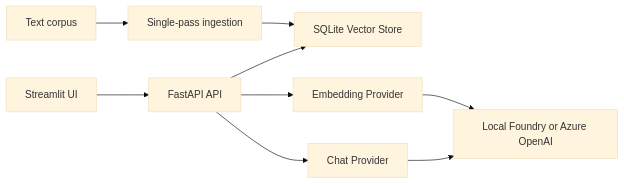
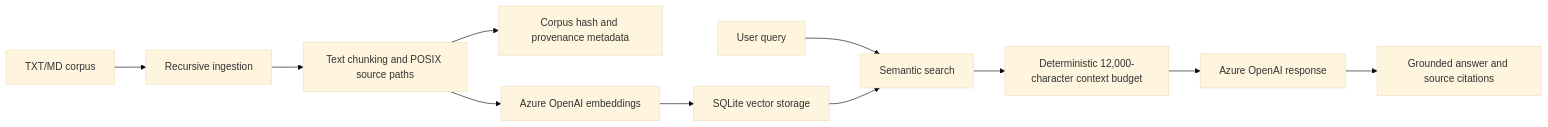
The first of 2 diagrams in README.md (omrumcerenguler/foundry-rag-cloud), drawn with Mermaid (base theme) before and after one commit. The commit also changed other lines of this file and 1 other file, not shown here.

Commit message:
docs: overhaul README with bilingual enterprise-grade architecture specs and eval dataset

````diff
--- a/README.md
+++ b/README.md
@@ -7,11 +26,13 @@
 ```mermaid
 flowchart LR
-    UI[Streamlit UI] --> API[FastAPI API]
-    API --> S[SQLite Vector Store]
-    API --> E[Embedding Provider]
-    API --> L[Chat Provider]
-    E --> LF[Local Foundry or Azure OpenAI]
-    L --> LF
-    D[Text corpus] --> I[Single-pass ingestion]
-    I --> S
+    D[TXT/MD corpus] --> I[Recursive ingestion]
+    I --> C[Text chunking and POSIX source paths]
+    C --> H[Corpus hash and provenance metadata]
+    C --> E[Azure OpenAI embeddings]
+    E --> S[SQLite vector storage]
+    Q[User query] --> SE[Semantic search]
+    S --> SE
+    SE --> B[Deterministic 12,000-character context budget]
+    B --> A[Azure OpenAI response]
+    A --> G[Grounded answer and source citations]
 ```
````
